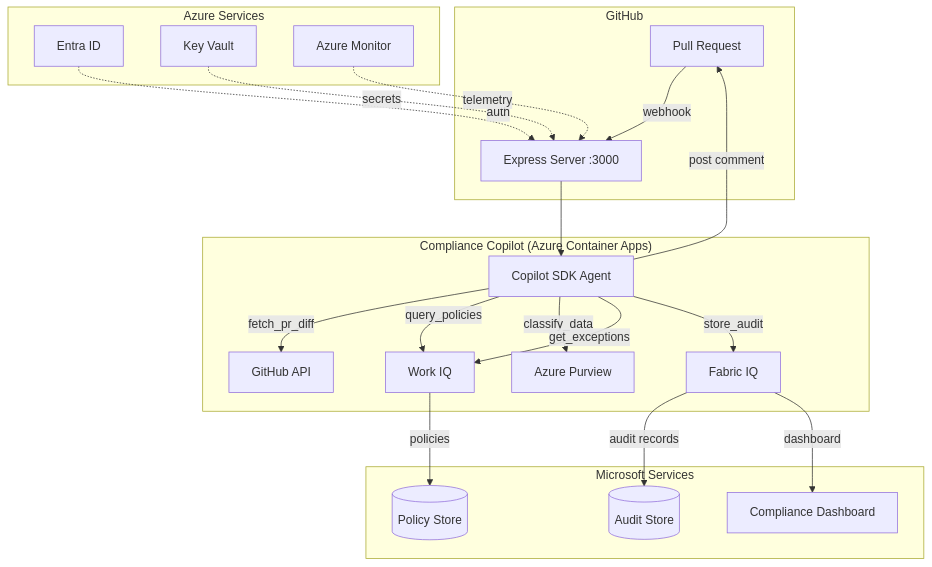
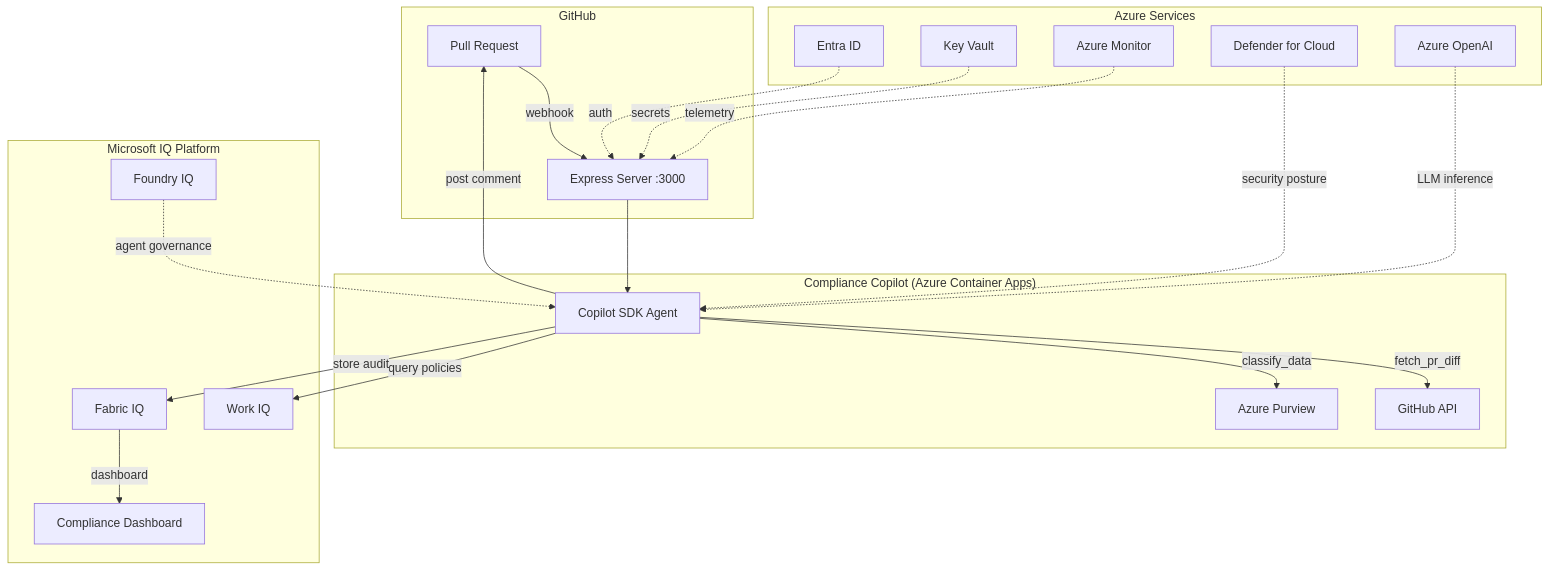
Before and after one commit to adgranoff/Compliance-Copilot: the diagram in docs/README.md, drawn with Mermaid. The commit also changed 1 other file, not shown here.

Commit message:
Expand architecture with Foundry IQ and additional Azure integrations
Add documented integration points for Foundry IQ (agent governance),
Defender for Cloud, Azure OpenAI, Azure Policy, and Event Grid.
Includes integration maturity table, CI/CD pipeline design, and
updated README diagram. Targets the Azure integration scoring criteria.

````diff
--- a/docs/README.md
+++ b/docs/README.md
@@ -39,29 +39,29 @@
 ```mermaid
 graph TB
     subgraph "GitHub"
         PR[Pull Request] -->|webhook| Server
     end
 
     subgraph "Compliance Copilot (Azure Container Apps)"
         Server[Express Server :3000] --> Agent[Copilot SDK Agent]
         Agent -->|fetch_pr_diff| GH[GitHub API]
-        Agent -->|query_policies| WIQ[Work IQ]
         Agent -->|classify_data| Purview[Azure Purview]
-        Agent -->|get_exceptions| WIQ
-        Agent -->|store_audit| FIQ[Fabric IQ]
+    end
+
+    subgraph "Microsoft IQ Platform"
+        Agent -->|query policies| WIQ[Work IQ]
+        Agent -->|store audit| FIQ[Fabric IQ]
+        FIQ -->|dashboard| Dashboard[Compliance Dashboard]
+        FoundryIQ[Foundry IQ] -.->|agent governance| Agent
     end
 
     subgraph "Azure Services"
         Entra[Entra ID] -.->|auth| Server
         KV[Key Vault] -.->|secrets| Server
         Monitor[Azure Monitor] -.->|telemetry| Server
-    end
-
-    subgraph "Microsoft Services"
-        WIQ -->|policies| PolicyDB[(Policy Store)]
-        FIQ -->|audit records| AuditDB[(Audit Store)]
-        FIQ -->|dashboard| Dashboard[Compliance Dashboard]
+        Defender[Defender for Cloud] -.->|security posture| Agent
+        AOAI[Azure OpenAI] -.->|LLM inference| Agent
     end
 
     Agent -->|post comment| PR
 ```
````
